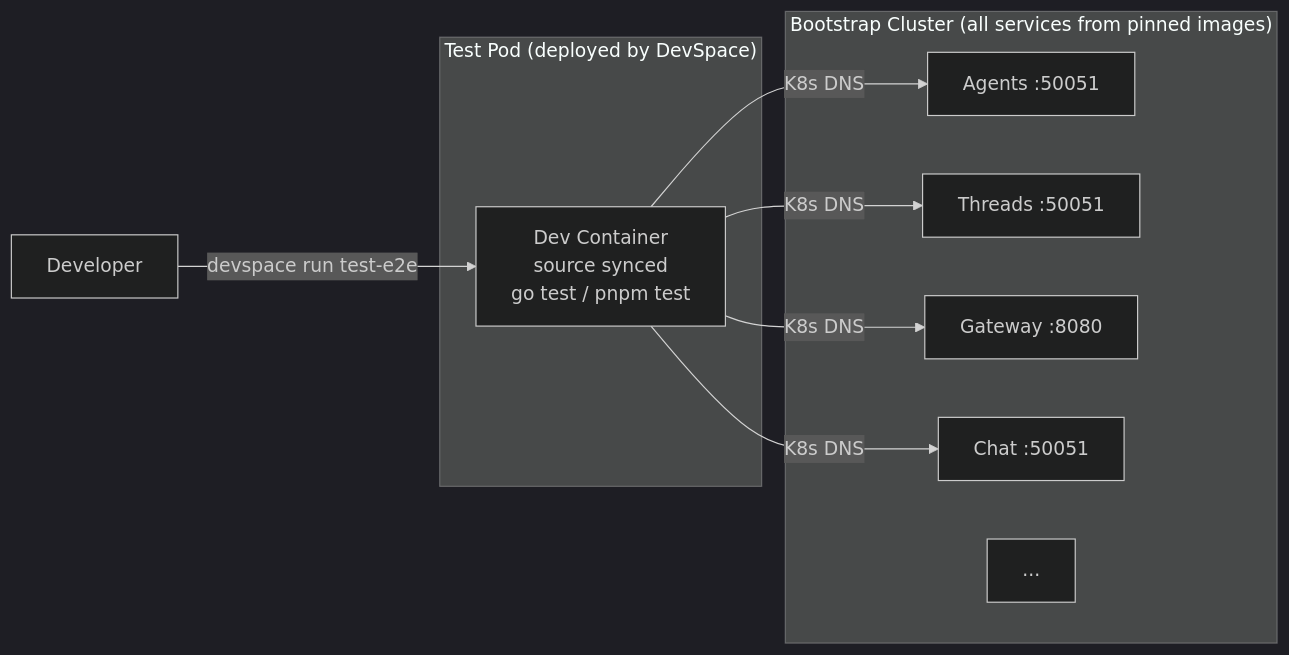
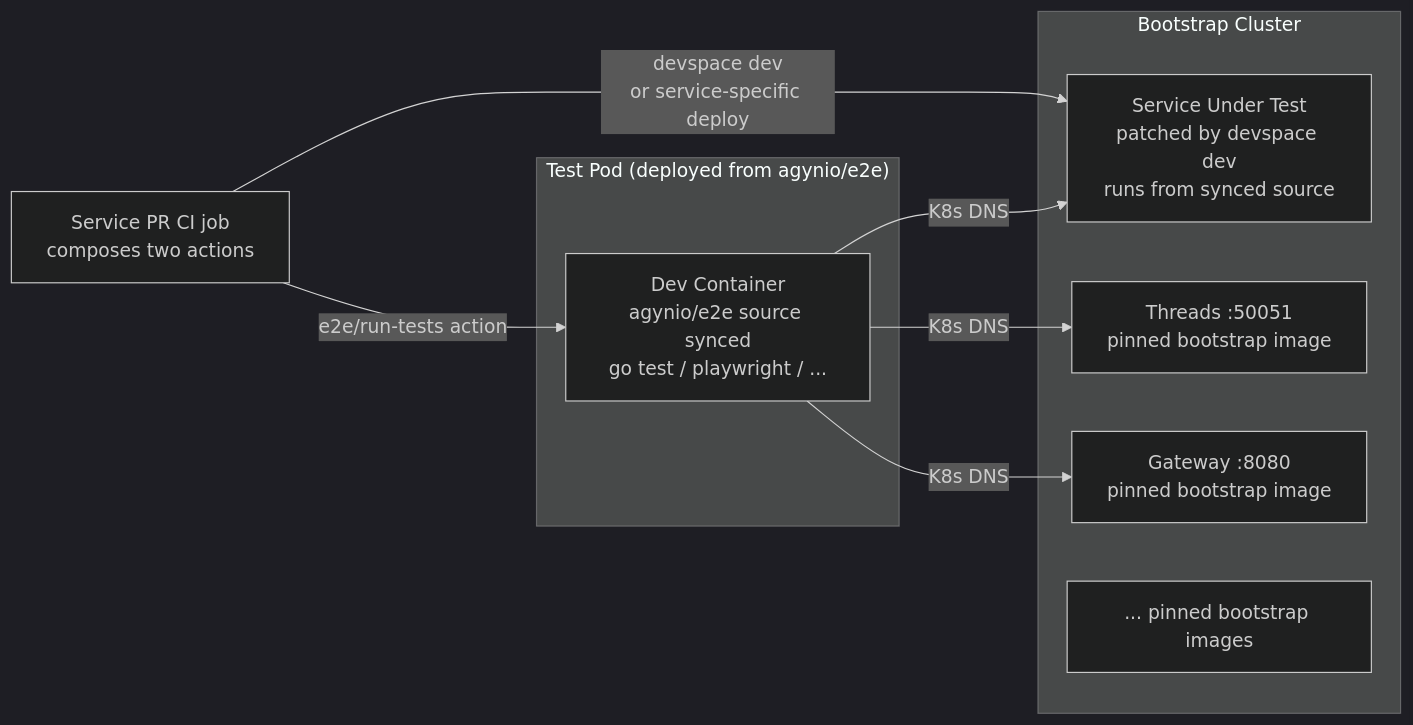
The first of 2 diagrams in architecture/operations/e2e-testing.md (agynio/architecture), drawn with Mermaid (dark theme) before and after one commit. The commit also changed other lines of this file and 3 other files, not shown here.

````diff
--- a/architecture/operations/e2e-testing.md
+++ b/architecture/operations/e2e-testing.md
@@ -9,20 +21,19 @@
 ```mermaid
 graph LR
-    subgraph "Bootstrap Cluster (all services from pinned images)"
-        SVC1[Agents :50051]
-        SVC2[Threads :50051]
-        SVC3[Gateway :8080]
-        SVC4[Chat :50051]
-        SVCN[...]
+    subgraph "Bootstrap Cluster"
+        SVC1[Service Under Test<br/>patched by devspace dev<br/>runs from synced source]
+        SVC2[Threads :50051<br/>pinned bootstrap image]
+        SVC3[Gateway :8080<br/>pinned bootstrap image]
+        SVCN[... pinned bootstrap images]
     end
 
-    subgraph "Test Pod (deployed by DevSpace)"
-        TC[Dev Container<br/>source synced<br/>go test / pnpm test]
+    subgraph "Test Pod (deployed from agynio/e2e)"
+        TC[Dev Container<br/>agynio/e2e source synced<br/>go test / playwright / ...]
     end
 
-    Dev[Developer] -->|devspace run test-e2e| TC
+    CI[Service PR CI job<br/>composes two actions] -->|devspace dev<br/>or service-specific deploy| SVC1
+    CI -->|e2e/run-tests action| TC
     TC -->|K8s DNS| SVC1
     TC -->|K8s DNS| SVC2
     TC -->|K8s DNS| SVC3
-    TC -->|K8s DNS| SVC4
 ```
````
